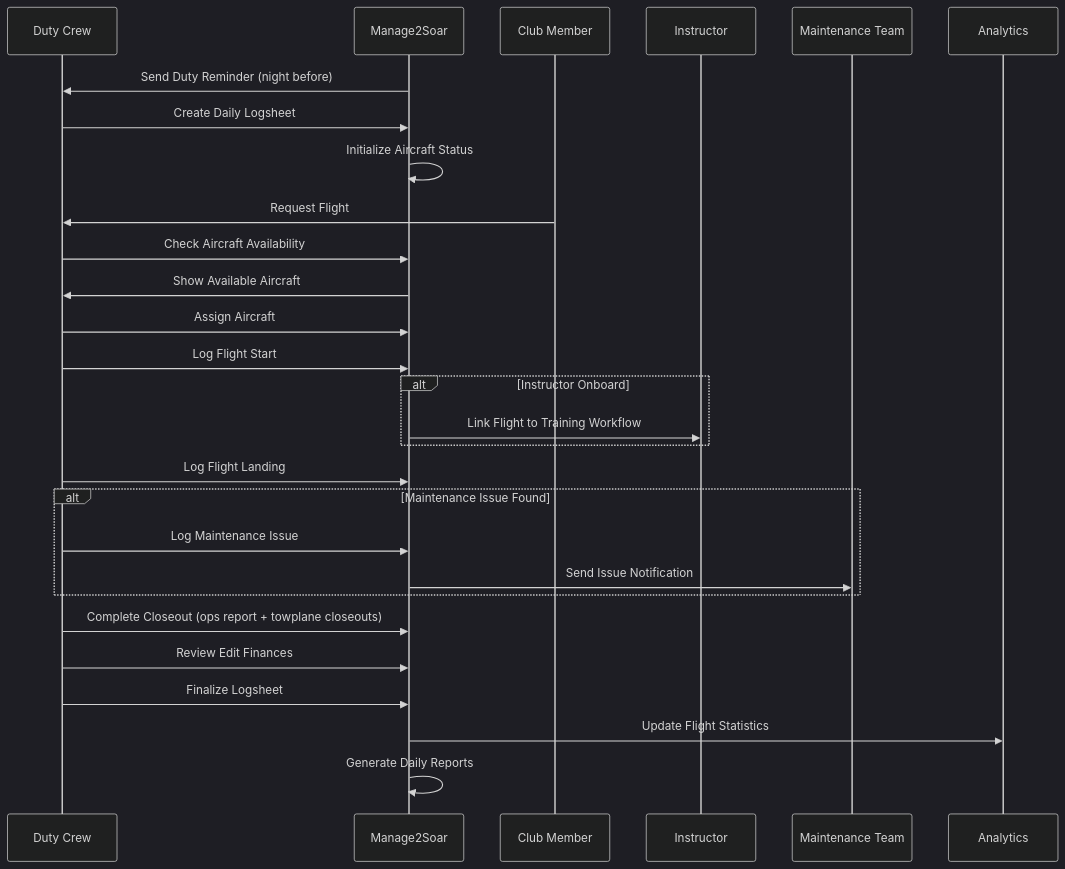
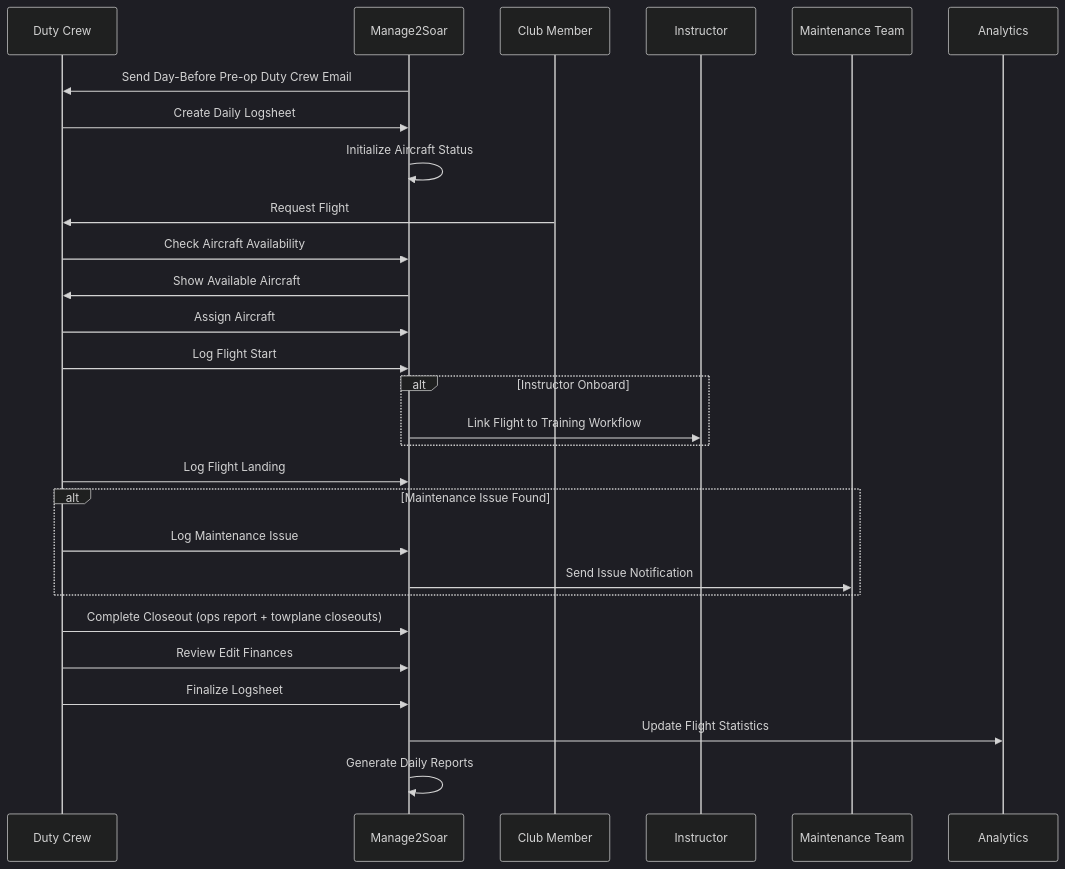
One commit to pietbarber/Manage2Soar changed the second of 12 diagrams in docs/workflows/04-logsheet-workflow.md. Above: the diagram before and after it, drawn with Mermaid (dark theme). The commit also changed other lines of this file and 2 other files, not shown here.

Commit message:
docs: align logsheet wording and postgres baseline notes

````diff
--- a/docs/workflows/04-logsheet-workflow.md
+++ b/docs/workflows/04-logsheet-workflow.md
@@ -64,36 +64,36 @@
 ```mermaid
 sequenceDiagram
     participant DO as Duty Crew
     participant System as Manage2Soar
     participant Member as Club Member
     participant Instructor as Instructor
     participant Maintenance as Maintenance Team
     participant Analytics as Analytics
 
-    System->>DO: Send Duty Reminder (night before)
+    System->>DO: Send Day-Before Pre-op Duty Crew Email
     DO->>System: Create Daily Logsheet
     System->>System: Initialize Aircraft Status
 
     Member->>DO: Request Flight
     DO->>System: Check Aircraft Availability
     System->>DO: Show Available Aircraft
     DO->>System: Assign Aircraft
     DO->>System: Log Flight Start
 
     alt Instructor Onboard
         System->>Instructor: Link Flight to Training Workflow
     end
 
     DO->>System: Log Flight Landing
 
     alt Maintenance Issue Found
         DO->>System: Log Maintenance Issue
         System->>Maintenance: Send Issue Notification
     end
 
     DO->>System: Complete Closeout (ops report + towplane closeouts)
     DO->>System: Review Edit Finances
     DO->>System: Finalize Logsheet
     System->>Analytics: Update Flight Statistics
     System->>System: Generate Daily Reports
 ```
````
